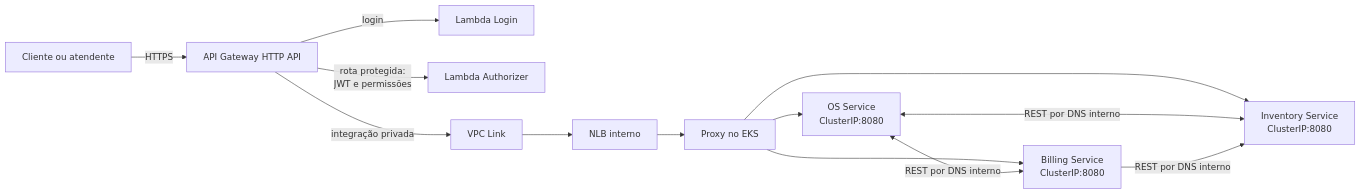
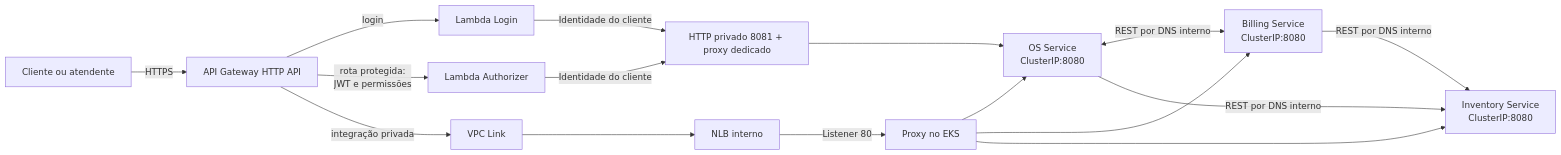
The diagram in docs/diagram-fase4-entrada-seguranca.md (PosTech15SOAT/postech15soat-infra-cloud), drawn with Mermaid before and after one commit. The commit also changed 16 other files, not shown here.

````diff
--- a/docs/diagram-fase4-entrada-seguranca.md
+++ b/docs/diagram-fase4-entrada-seguranca.md
@@ -5,15 +5,18 @@
 ```mermaid
 flowchart LR
     User[Cliente ou atendente] -->|HTTPS| Gateway[API Gateway HTTP API]
     Gateway -->|login| Login[Lambda Login]
     Gateway -->|rota protegida:<br/>JWT e permissões| Authorizer[Lambda Authorizer]
     Gateway -->|integração privada| Link[VPC Link]
     Link --> NLB[NLB interno]
-    NLB --> Proxy[Proxy no EKS]
+    NLB -->|Listener 80| Proxy[Proxy no EKS]
+    Login -->|Identidade do cliente| IdentityIngress[HTTP privado 8081 + proxy dedicado]
+    Authorizer -->|Identidade do cliente| IdentityIngress
+    IdentityIngress --> OS
     Proxy --> OS[OS Service<br/>ClusterIP:8080]
     Proxy --> Billing[Billing Service<br/>ClusterIP:8080]
     Proxy --> Inventory[Inventory Service<br/>ClusterIP:8080]
     OS <-->|REST por DNS interno| Billing
-    OS <-->|REST por DNS interno| Inventory
+    OS -->|REST por DNS interno| Inventory
     Billing -->|REST por DNS interno| Inventory
 ```
````
